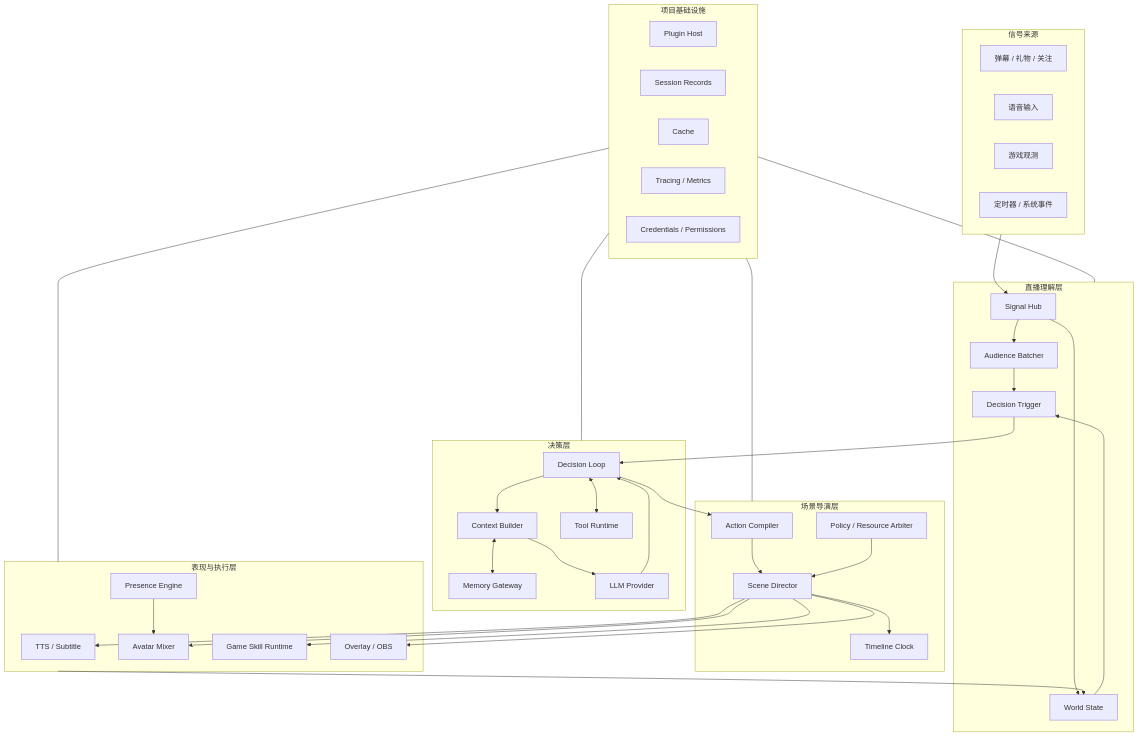
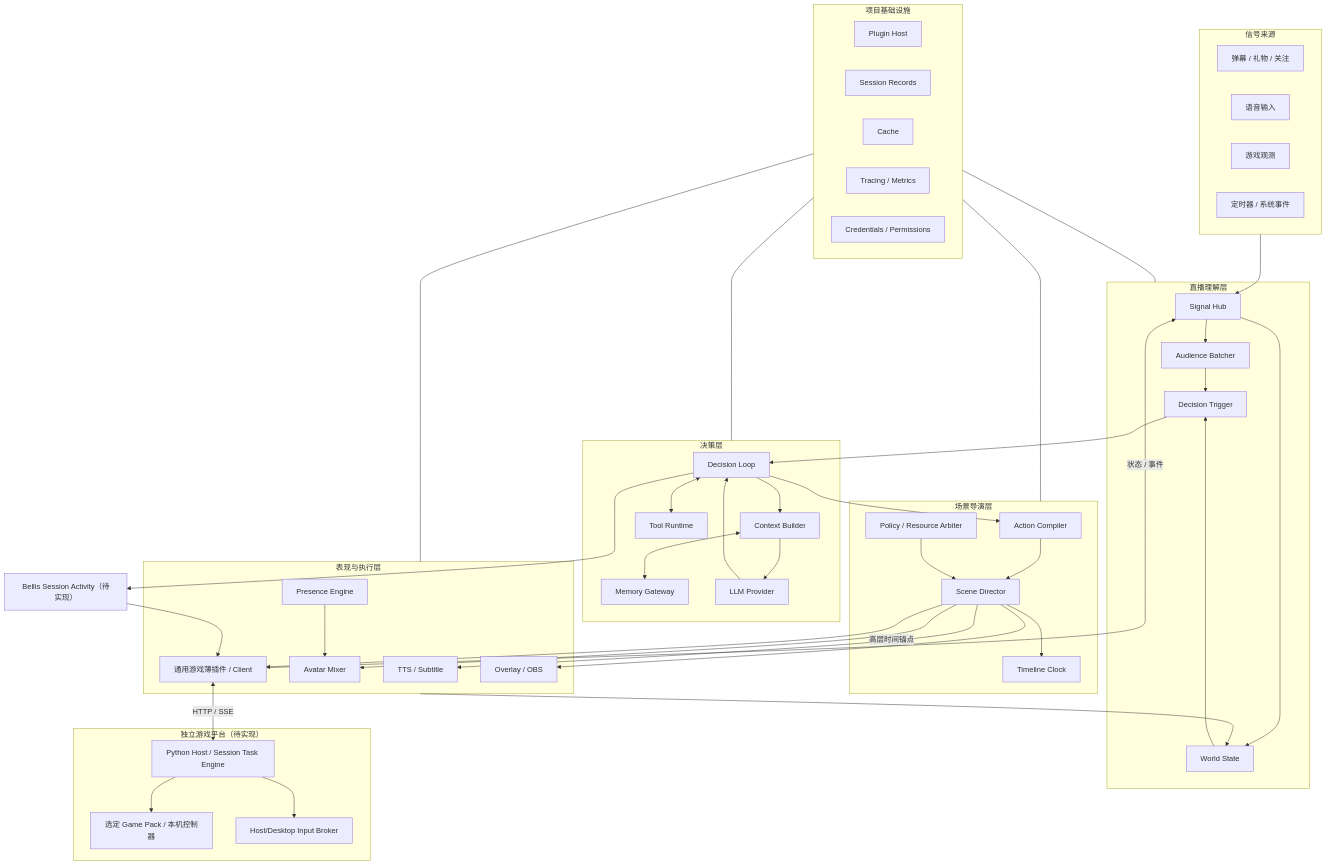
One commit to leafliber/bellis changed the first of 2 diagrams in docs/architecture-plan.md. Above: the diagram before and after it, drawn with Mermaid. The commit also changed other lines of this file and 9 other files, not shown here.

First line of the commit message:
docs: replan Phase 5 onward for an external game runtime

```diff
--- a/docs/architecture-plan.md
+++ b/docs/architecture-plan.md
@@ -122,10 +124,16 @@
         VoiceRuntime["TTS / Subtitle"]
         Avatar["Avatar Mixer"]
         Presence["Presence Engine"]
-        GameRuntime["Game Skill Runtime"]
+        GamePlugin["通用游戏薄插件 / Client"]
         Overlay["Overlay / OBS"]
     end
 
+    subgraph ExternalGame["独立游戏平台（待实现）"]
+        GameRuntime["Python Host / Session Task Engine"]
+        GamePack["选定 Game Pack / 本机控制器"]
+        Broker["Host/Desktop Input Broker"]
+    end
+    Activity["Bellis Session Activity（待实现）"]
     subgraph Foundation["项目基础设施"]
         Plugins["Plugin Host"]
         Records["Session Records"]
@@ -151,7 +159,13 @@
     Policy --> Director
     Director --> VoiceRuntime
     Director --> Avatar
-    Director --> GameRuntime
+    Loop --> Activity
+    Activity --> GamePlugin
+    Director -->|"高层时间锚点"| GamePlugin
+    GamePlugin <-->|"HTTP / SSE"| GameRuntime
+    GameRuntime --> GamePack
+    GameRuntime --> Broker
+    GamePlugin -->|"状态 / 事件"| SignalHub
     Director --> Overlay
     Presence --> Avatar
     Performance --> World
```
